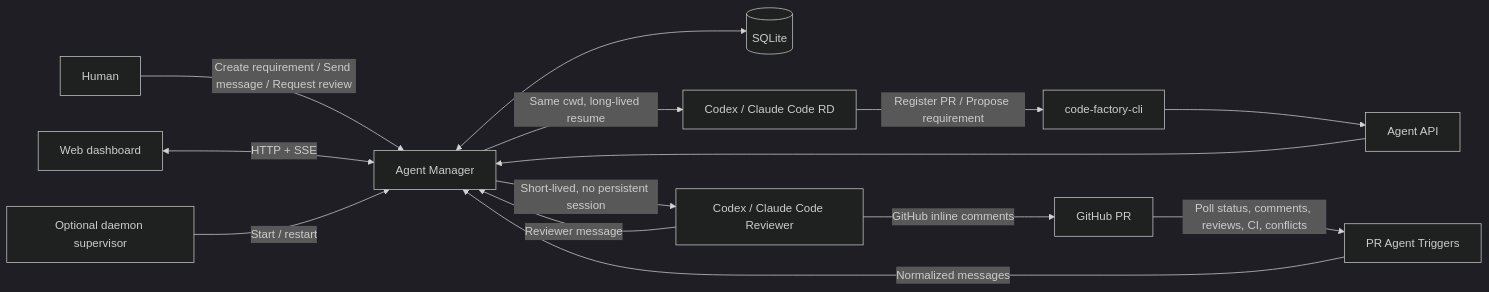
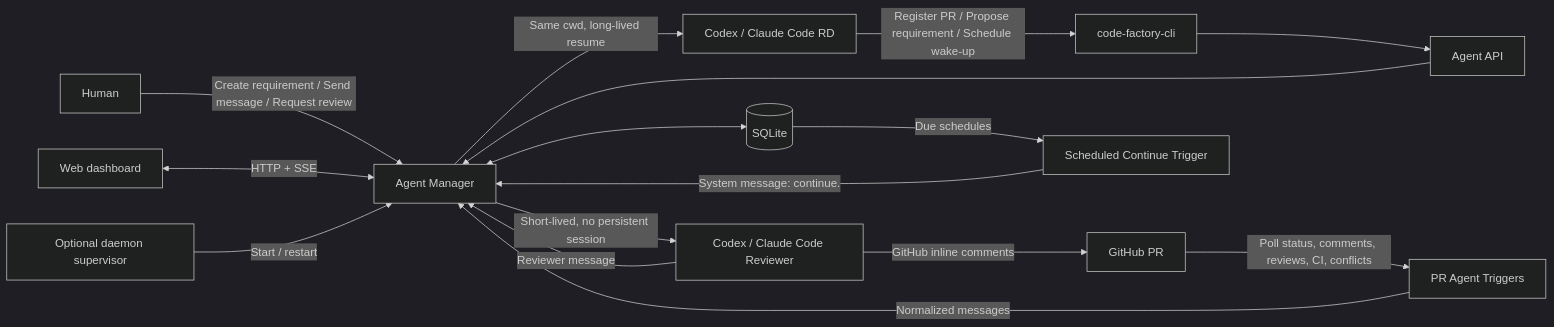
The second of 2 diagrams in docs/architecture.en.md (luohaha/code-factory), drawn with Mermaid (dark theme) before and after one commit. The commit also changed other lines of this file and 22 other files, not shown here.

Commit message:
feat: add scheduled agent wake-up timers

```diff
--- a/docs/architecture.en.md
+++ b/docs/architecture.en.md
@@ -29,16 +30,18 @@
 ~~~mermaid
 flowchart LR
   H[Human] -->|Create requirement / Send message / Request review| M[Agent Manager]
   W[Web dashboard] <-->|HTTP + SSE| M
   S[Optional daemon supervisor] -->|Start / restart| M
   M <--> DB[(SQLite)]
   M -->|Same cwd, long-lived resume| RD[Codex / Claude Code RD]
   M -->|Short-lived, no persistent session| RV[Codex / Claude Code Reviewer]
-  RD -->|Register PR / Propose requirement| CLI[code-factory-cli]
+  RD -->|Register PR / Propose requirement / Schedule wake-up| CLI[code-factory-cli]
   CLI --> API[Agent API]
   API --> M
   RV -->|GitHub inline comments| GH[GitHub PR]
   GH -->|Poll status, comments, reviews, CI, conflicts| T[PR Agent Triggers]
+  DB -->|Due schedules| ST[Scheduled Continue Trigger]
+  ST -->|System message: continue.| M
   T -->|Normalized messages| M
   RV -->|Reviewer message| M
 ~~~
```
